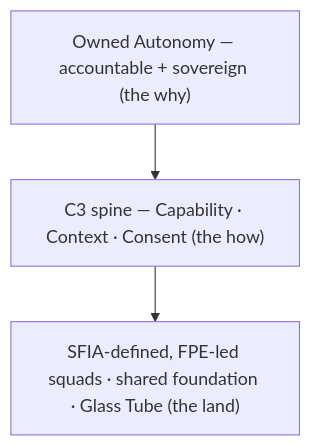
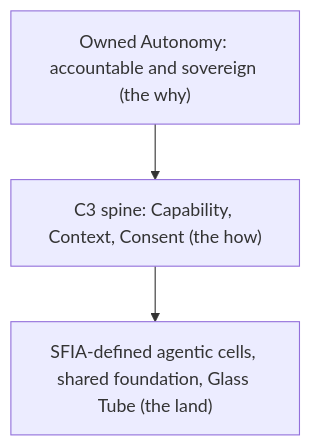
The diagram in _posts/2026-06-15-owned-autonomy-agentic-banking-a-bank-owns.md (saileshpanchal/digital-transformation-advisory), drawn with Mermaid before and after one commit. The commit also changed other lines of this file, not shown here.

First line of the commit message:
Rewrite the Owned Autonomy article to current doctrine (staged)

```diff
--- a/_posts/2026-06-15-owned-autonomy-agentic-banking-a-bank-owns.md
+++ b/_posts/2026-06-15-owned-autonomy-agentic-banking-a-bank-owns.md
@@ -31,8 +31,8 @@
 <pre class="mermaid">
 flowchart TB
-  OA["Owned Autonomy — accountable + sovereign (the why)"]
-  C3["C3 spine — Capability · Context · Consent (the how)"]
-  OM["SFIA-defined, FPE-led squads · shared foundation · Glass Tube (the land)"]
+  OA["Owned Autonomy: accountable and sovereign (the why)"]
+  C3["C3 spine: Capability, Context, Consent (the how)"]
+  OM["SFIA-defined agentic cells, shared foundation, Glass Tube (the land)"]
   OA --> C3
   C3 --> OM
 </pre>
```
